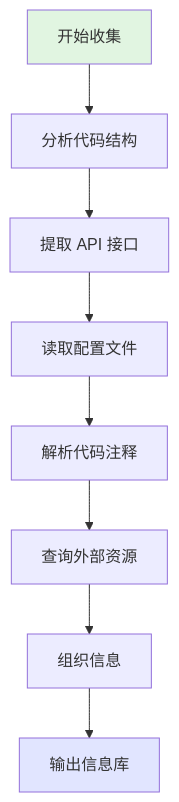
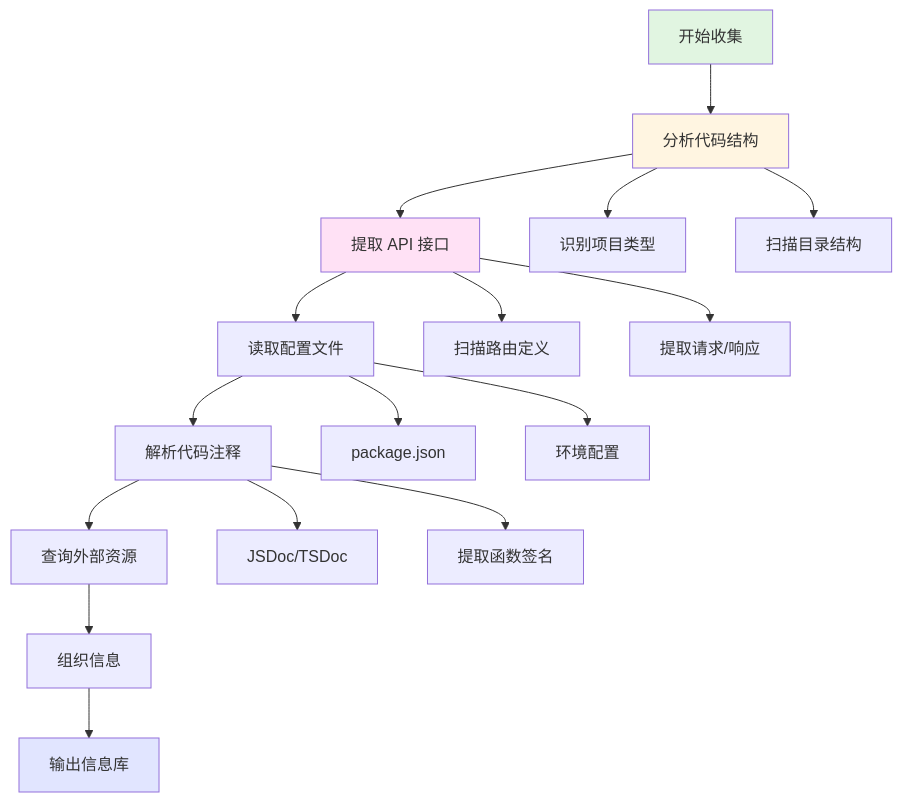
Before and after one commit to JIA-ss/agents: the fourth of 10 diagrams in agents/doc-writer.md, drawn with Mermaid. The commit also changed other lines of this file, not shown here.

````diff
--- a/agents/doc-writer.md
+++ b/agents/doc-writer.md
@@ -143,13 +143,27 @@
 ```mermaid
 flowchart TD
     Start[开始收集] --> Code[分析代码结构]
     Code --> API[提取 API 接口]
     API --> Config[读取配置文件]
     Config --> Comment[解析代码注释]
     Comment --> External[查询外部资源]
     External --> Organize[组织信息]
     Organize --> End[输出信息库]
 
+    Code --> C1[识别项目类型]
+    Code --> C2[扫描目录结构]
+
+    API --> A1[扫描路由定义]
+    API --> A2[提取请求/响应]
+
+    Config --> F1[package.json]
+    Config --> F2[环境配置]
+
+    Comment --> D1[JSDoc/TSDoc]
+    Comment --> D2[提取函数签名]
+
     style Start fill:#e1f5e1
     style End fill:#e1e5ff
+    style Code fill:#fff5e1
+    style API fill:#ffe1f5
 ```
````
